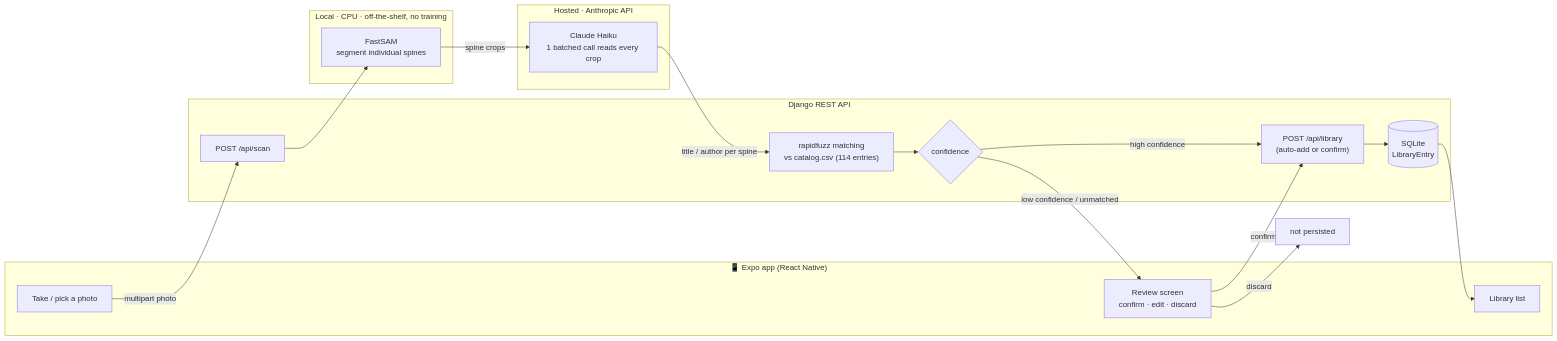
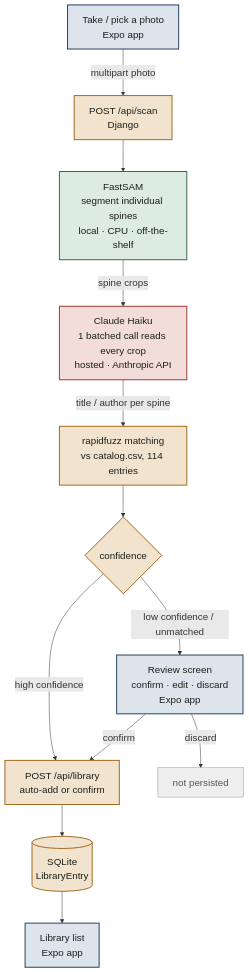
Before and after one commit to kakaomonk/shelfie-bookshelf-scanner: the diagram in README.md, drawn with Mermaid. The commit also changed other lines of this file, not shown here.

Commit message:
Reorganize the architecture diagram for readability
The subgraph-based left-right layout rendered fine locally but goes very
wide (9 nodes across 4 boxes) -- on GitHub, a README image gets scaled to
fit the column width, so a wide diagram shrinks its text down to
unreadable. Replaced with a flat top-to-bottom flow (no subgraphs) using
color-coded nodes instead: blue for the Expo app, tan for Django, green for
the one local/CPU step, red for the one hosted API call. Narrower and
taller renders close to native size instead of getting squished, and the
color coding still makes local-vs-hosted the visual structure, not just a
subgraph box. Bumped the mermaid font-size via an init directive on top of
that. Re-rendered with mermaid-cli to confirm before committing.

````diff
--- a/README.md
+++ b/README.md
@@ -64,35 +64,28 @@
 ```mermaid
-flowchart LR
-    subgraph Client["📱 Expo app (React Native)"]
-        A["Take / pick a photo"]
-        H["Review screen<br/>confirm · edit · discard"]
-        L["Library list"]
-    end
+%%{init: {"themeVariables": {"fontSize": "20px"}, "flowchart": {"nodeSpacing": 45, "rankSpacing": 65}}}%%
+flowchart TD
+    A["Take / pick a photo<br/>Expo app"]:::client
+    B["POST /api/scan<br/>Django"]:::backend
+    C["FastSAM<br/>segment individual spines<br/>local · CPU · off-the-shelf"]:::local
+    D["Claude Haiku<br/>1 batched call reads every crop<br/>hosted · Anthropic API"]:::hosted
+    E["rapidfuzz matching<br/>vs catalog.csv, 114 entries"]:::backend
+    F{"confidence"}:::backend
+    G["POST /api/library<br/>auto-add or confirm"]:::backend
+    Rv["Review screen<br/>confirm · edit · discard<br/>Expo app"]:::client
+    X["not persisted"]:::muted
+    DB[("SQLite<br/>LibraryEntry")]:::backend
+    L["Library list<br/>Expo app"]:::client
 
-    subgraph Backend["Django REST API"]
-        B["POST /api/scan"]
-        E["rapidfuzz matching<br/>vs catalog.csv (114 entries)"]
-        F{"confidence"}
-        G["POST /api/library<br/>(auto-add or confirm)"]
-        DB[("SQLite<br/>LibraryEntry")]
-    end
+    A -->|multipart photo| B --> C -->|spine crops| D -->|title / author per spine| E --> F
+    F -->|high confidence| G
+    F -->|low confidence / unmatched| Rv
+    Rv -->|confirm| G
+    Rv -->|discard| X
+    G --> DB --> L
 
-    subgraph Local["Local · CPU · off-the-shelf, no training"]
-        C["FastSAM<br/>segment individual spines"]
-    end
-
-    subgraph Hosted["Hosted · Anthropic API"]
-        D["Claude Haiku<br/>1 batched call reads every crop"]
-    end
-
-    A -->|multipart photo| B
-    B --> C
-    C -->|spine crops| D
-    D -->|title / author per spine| E
-    E --> F
-    F -->|high confidence| G --> DB
-    F -->|low confidence / unmatched| H
-    H -->|confirm| G
-    H -->|discard| X["not persisted"]
-    DB --> L
+    classDef client fill:#dde4ec,stroke:#274060,color:#1b1f1a,stroke-width:2px
+    classDef backend fill:#f1e3cd,stroke:#a06a1e,color:#1b1f1a,stroke-width:2px
+    classDef local fill:#dcece2,stroke:#34694b,color:#1b1f1a,stroke-width:2px
+    classDef hosted fill:#f2ddda,stroke:#9c3b34,color:#1b1f1a,stroke-width:2px
+    classDef muted fill:#eeeeee,stroke:#999999,color:#555555
 ```
````
